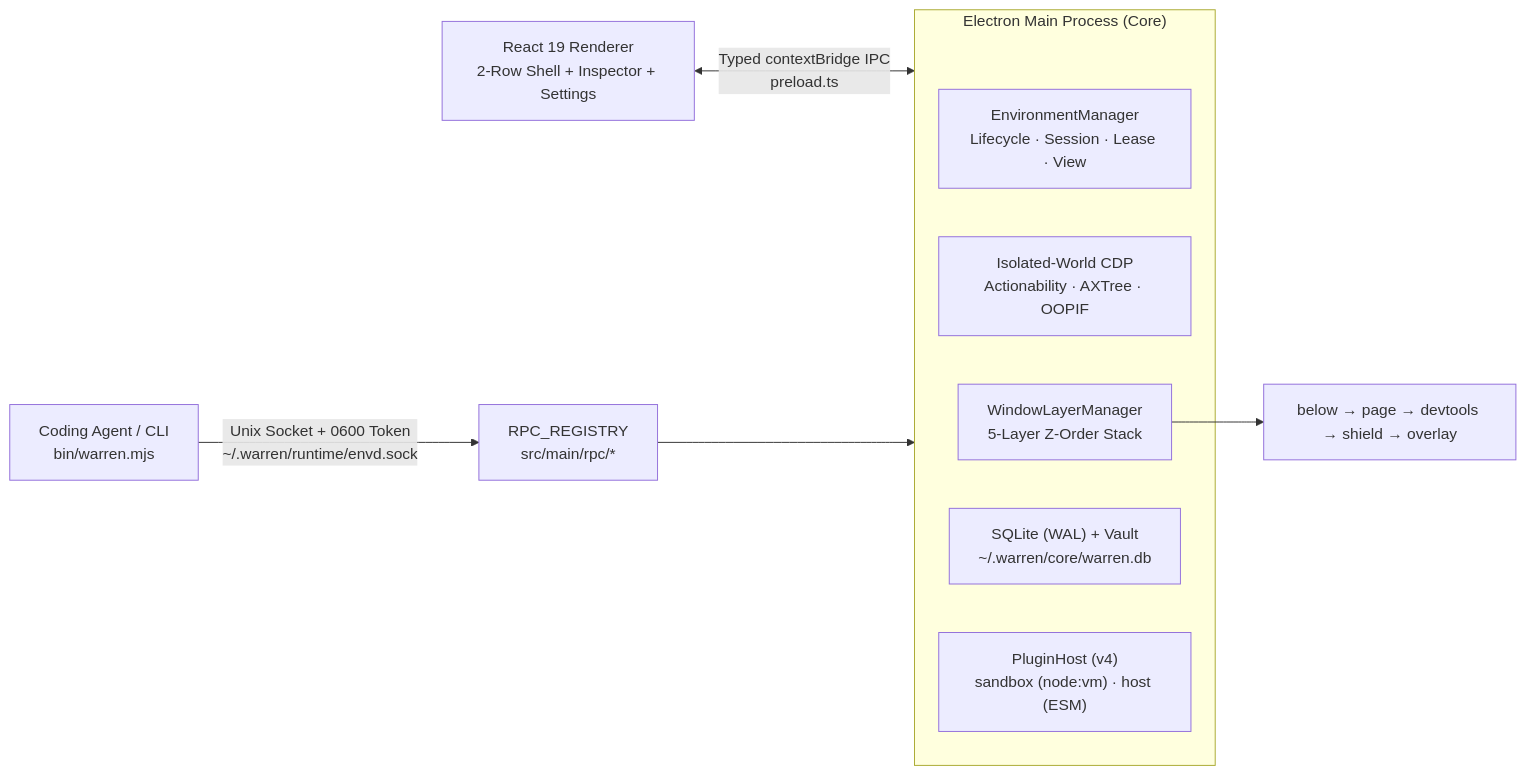
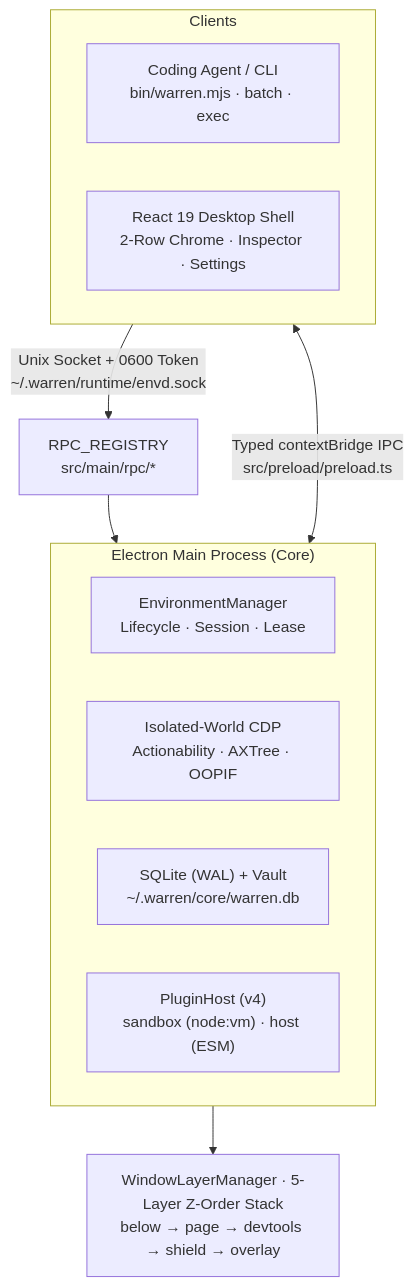
One commit to euanguo/warren changed the diagram in README.md. Above: the diagram before and after it, drawn with Mermaid. The commit also changed other lines of this file and 7 other files, not shown here.

Commit message:
fix(ci,docs): host reliable local SVG badges, fix whistle CI install, and optimize Mermaid layout

````diff
--- a/README.md
+++ b/README.md
@@ -212,16 +210,22 @@
 ```mermaid
-flowchart LR
-  CLI["Coding Agent / CLI<br/>bin/warren.mjs"] -->|"Unix Socket + 0600 Token<br/>~/.warren/runtime/envd.sock"| RPC["RPC_REGISTRY<br/>src/main/rpc/*"]
-  UI["React 19 Renderer<br/>2-Row Shell + Inspector + Settings"] <-->|"Typed contextBridge IPC<br/>preload.ts"| Core
+flowchart TB
+  subgraph Clients["Clients"]
+    direction LR
+    CLI["Coding Agent / CLI<br/>bin/warren.mjs · batch · exec"]
+    UI["React 19 Desktop Shell<br/>2-Row Chrome · Inspector · Settings"]
+  end
+
+  CLI -->|"Unix Socket + 0600 Token<br/>~/.warren/runtime/envd.sock"| RPC["RPC_REGISTRY<br/>src/main/rpc/*"]
+  UI <-->|"Typed contextBridge IPC<br/>src/preload/preload.ts"| Core
+  RPC --> Core
 
   subgraph Core["Electron Main Process (Core)"]
-    Env["EnvironmentManager<br/>Lifecycle · Session · Lease · View"]
+    direction LR
+    Env["EnvironmentManager<br/>Lifecycle · Session · Lease"]
     CDP["Isolated-World CDP<br/>Actionability · AXTree · OOPIF"]
-    Layers["WindowLayerManager<br/>5-Layer Z-Order Stack"]
     Store["SQLite (WAL) + Vault<br/>~/.warren/core/warren.db"]
     Plugins["PluginHost (v4)<br/>sandbox (node:vm) · host (ESM)"]
   end
 
-  RPC --> Core
-  Layers --> Stack["below → page → devtools → shield → overlay"]
+  Core --> Layers["WindowLayerManager · 5-Layer Z-Order Stack<br/>below → page → devtools → shield → overlay"]
 ```
````
